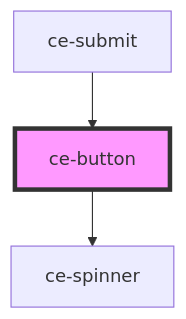
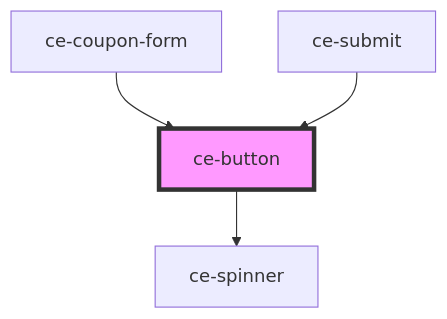
Before and after one commit to surecart/surecart-wp-plugin: the diagram in packages/components/docs/components/ui/button/readme.md, drawn with Mermaid. The commit also changed other lines of this file and 19 other files, not shown here.

````diff
--- a/packages/components/docs/components/ui/button/readme.md
+++ b/packages/components/docs/components/ui/button/readme.md
@@ -56,6 +57,7 @@
 ```mermaid
 graph TD;
   ce-button --> ce-spinner
+  ce-coupon-form --> ce-button
   ce-submit --> ce-button
   style ce-button fill:#f9f,stroke:#333,stroke-width:4px
 ```
````
